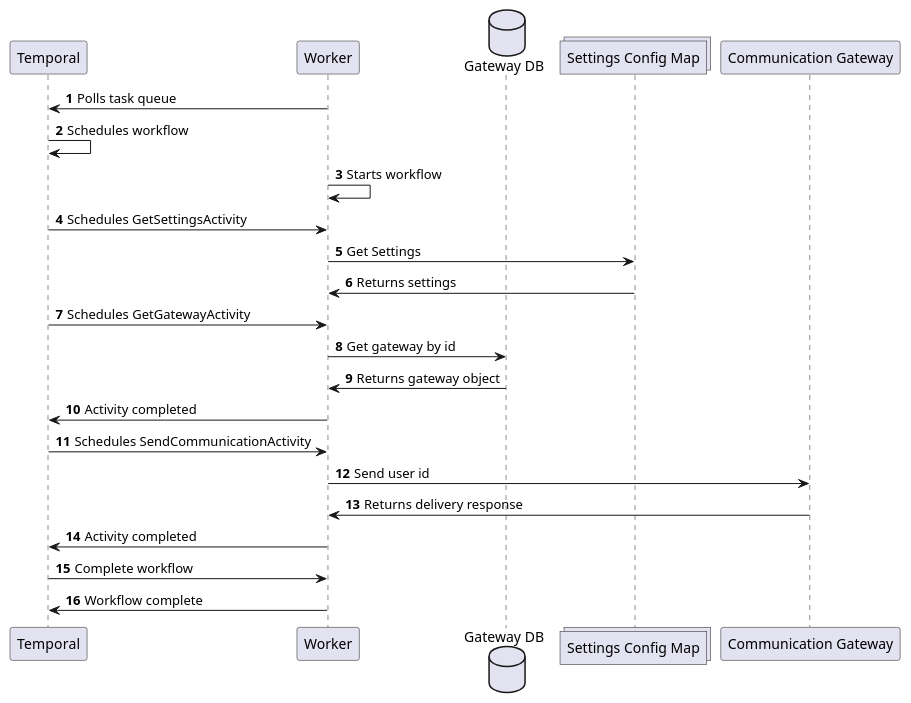
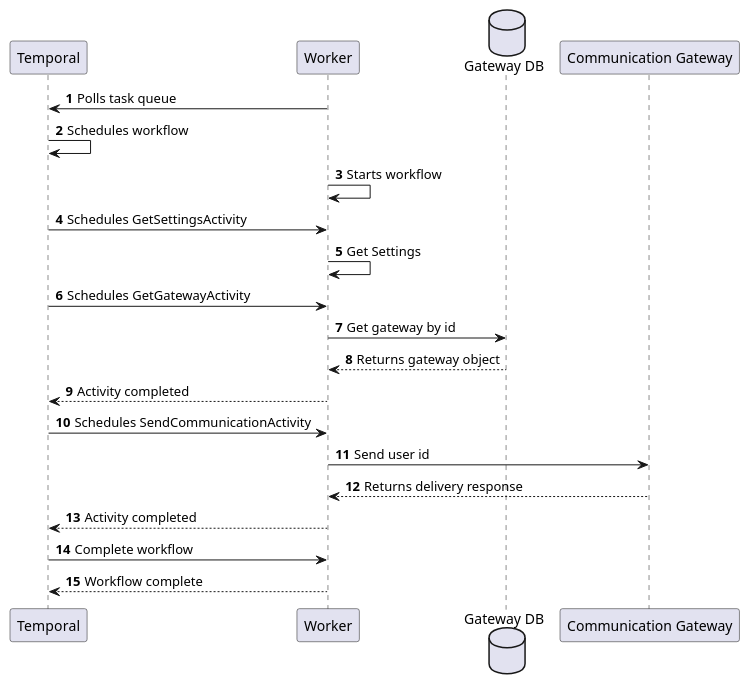
One commit to CameronWard301/communication_scheduler changed the diagram in Designs/Sequence Diagrams/SendCommunication.puml. Above: the diagram before and after it, drawn with PlantUML. The commit also changed 17 other files, not shown here.

Commit message:
Update/diagram documentation

```diff
--- a/Designs/Sequence Diagrams/SendCommunication.puml
+++ b/Designs/Sequence Diagrams/SendCommunication.puml
@@ -1,27 +1,27 @@
 @startuml Create New Workflow
 
 participant "Temporal" as temporal
 participant "Worker" as worker
 database "Gateway DB" as gwdb
-collections "Settings Config Map" as scfmp
+
 participant "Communication Gateway" as cgw
 
 autonumber
 
 worker -> temporal: Polls task queue
 temporal -> temporal: Schedules workflow
 worker -> worker: Starts workflow
 temporal -> worker: Schedules GetSettingsActivity
-worker -> scfmp: Get Settings
-scfmp -> worker: Returns settings
+worker -> worker: Get Settings
+
 temporal -> worker: Schedules GetGatewayActivity
 worker -> gwdb: Get gateway by id
-gwdb -> worker: Returns gateway object
-worker -> temporal: Activity completed
+gwdb --> worker: Returns gateway object
+worker --> temporal: Activity completed
 temporal -> worker: Schedules SendCommunicationActivity
 worker -> cgw: Send user id
-cgw -> worker: Returns delivery response
-worker -> temporal: Activity completed
+cgw --> worker: Returns delivery response
+worker --> temporal: Activity completed
 temporal -> worker: Complete workflow
-worker-> temporal: Workflow complete
+worker --> temporal: Workflow complete
 @enduml
```
